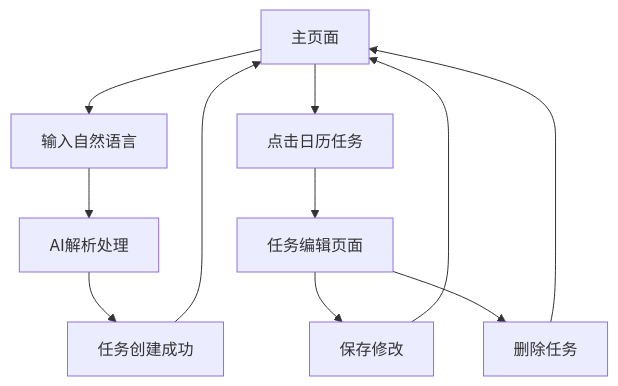
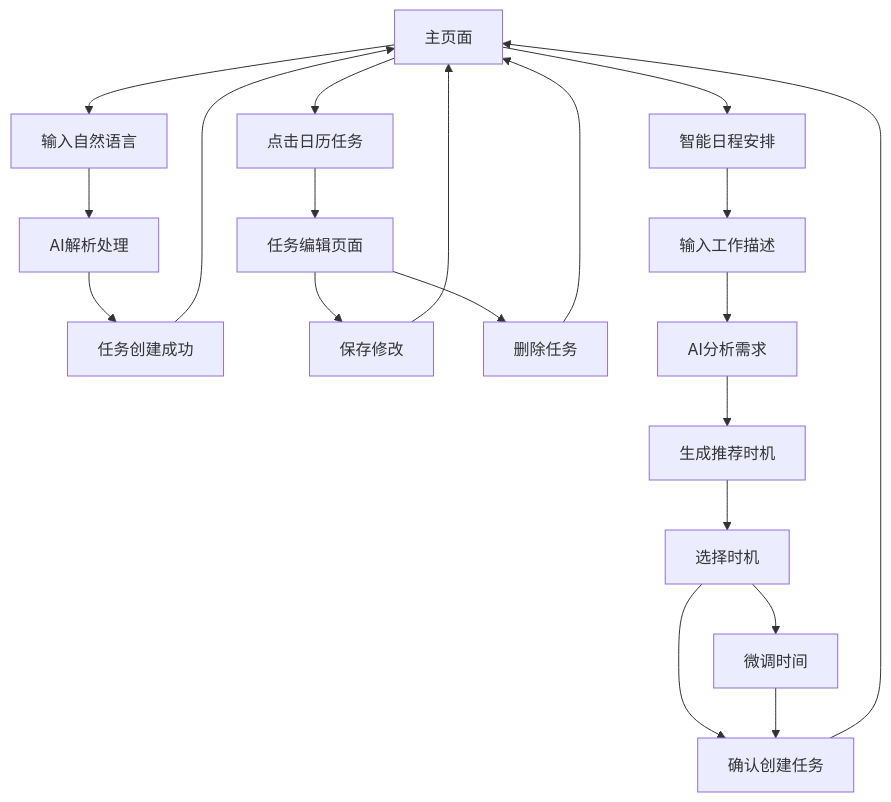
The diagram in .trae/documents/智能任务管理系统产品需求文档.md (wjjpku/SmartTime), drawn with Mermaid before and after one commit. The commit also changed other lines of this file and 28 other files, not shown here.

````diff
--- a/.trae/documents/智能任务管理系统产品需求文档.md
+++ b/.trae/documents/智能任务管理系统产品需求文档.md
@@ -40,13 +56,22 @@
 ```mermaid
 graph TD
   A[主页面] --> B[输入自然语言]
+  A --> I[智能日程安排]
   B --> C[AI解析处理]
   C --> D[任务创建成功]
   D --> A
   A --> E[点击日历任务]
   E --> F[任务编辑页面]
   F --> G[保存修改]
   F --> H[删除任务]
   G --> A
   H --> A
+  I --> J[输入工作描述]
+  J --> K[AI分析需求]
+  K --> L[生成推荐时机]
+  L --> M[选择时机]
+  M --> N[确认创建任务]
+  N --> A
+  M --> O[微调时间]
+  O --> N
 ```
````
